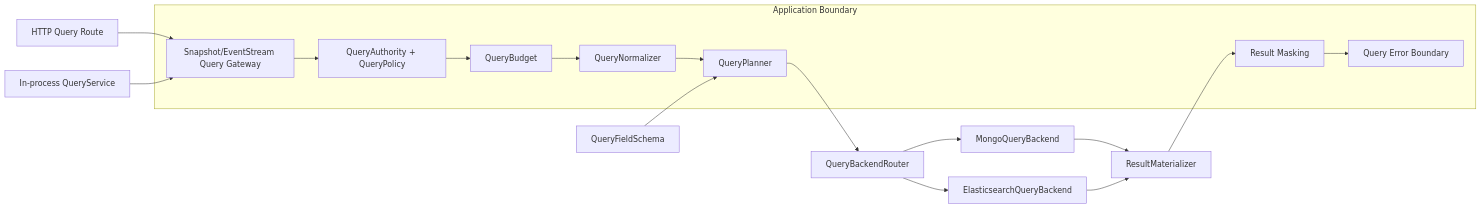
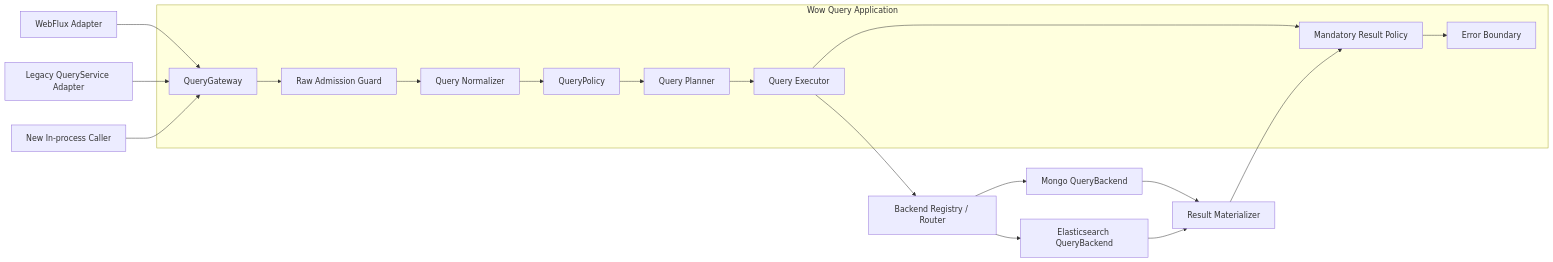
Before and after one commit to Ahoo-Wang/Wow: the diagram in document/design/2026-08-06-query-service-architecture-upgrade.md, drawn with Mermaid. The commit also changed other lines of this file and 16 other files, not shown here.

Commit message:
refactor: redesign query architecture boundaries

````diff
--- a/document/design/2026-08-06-query-service-architecture-upgrade.md
+++ b/document/design/2026-08-06-query-service-architecture-upgrade.md
@@ -38,24 +7,23 @@
 ```mermaid
 flowchart LR
-    HTTP[HTTP Query Route] --> Gateway
-    Internal[In-process QueryService] --> Gateway
+    HTTP[WebFlux Adapter] --> Gateway[QueryGateway]
+    Legacy[Legacy QueryService Adapter] --> Gateway
+    Internal[New In-process Caller] --> Gateway
 
-    subgraph Application[Application Boundary]
-        Gateway[Snapshot/EventStream Query Gateway]
-        Policy[QueryAuthority + QueryPolicy]
-        Budget[QueryBudget]
-        Normalizer[QueryNormalizer]
-        Planner[QueryPlanner]
-        Masking[Result Masking]
-        Errors[Query Error Boundary]
-        Gateway --> Policy --> Budget --> Normalizer --> Planner
+    subgraph Application[Wow Query Application]
+        Gateway --> Admission[Raw Admission Guard]
+        Admission --> Normalizer[Query Normalizer]
+        Normalizer --> Policy[QueryPolicy]
+        Policy --> Planner[Query Planner]
+        Planner --> Executor[Query Executor]
+        Executor --> ResultPolicy[Mandatory Result Policy]
+        ResultPolicy --> ErrorBoundary[Error Boundary]
     end
 
-    Schema[QueryFieldSchema] --> Planner
-    Planner --> Router[QueryBackendRouter]
-    Router --> Mongo[MongoQueryBackend]
-    Router --> ES[ElasticsearchQueryBackend]
-    Mongo --> Materializer[ResultMaterializer]
+    Executor --> Router[Backend Registry / Router]
+    Router --> Mongo[Mongo QueryBackend]
+    Router --> ES[Elasticsearch QueryBackend]
+    Mongo --> Materializer[Result Materializer]
     ES --> Materializer
-    Materializer --> Masking --> Errors
+    Materializer --> ResultPolicy
 ```
````
